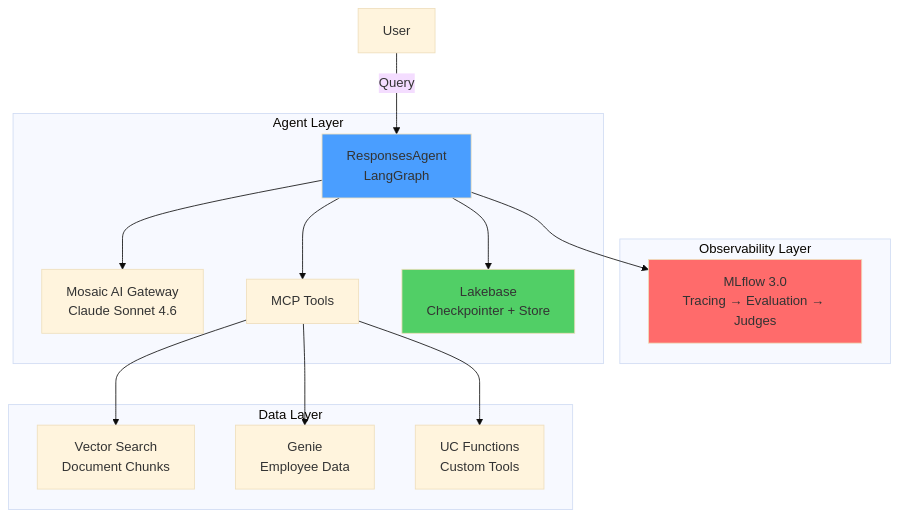
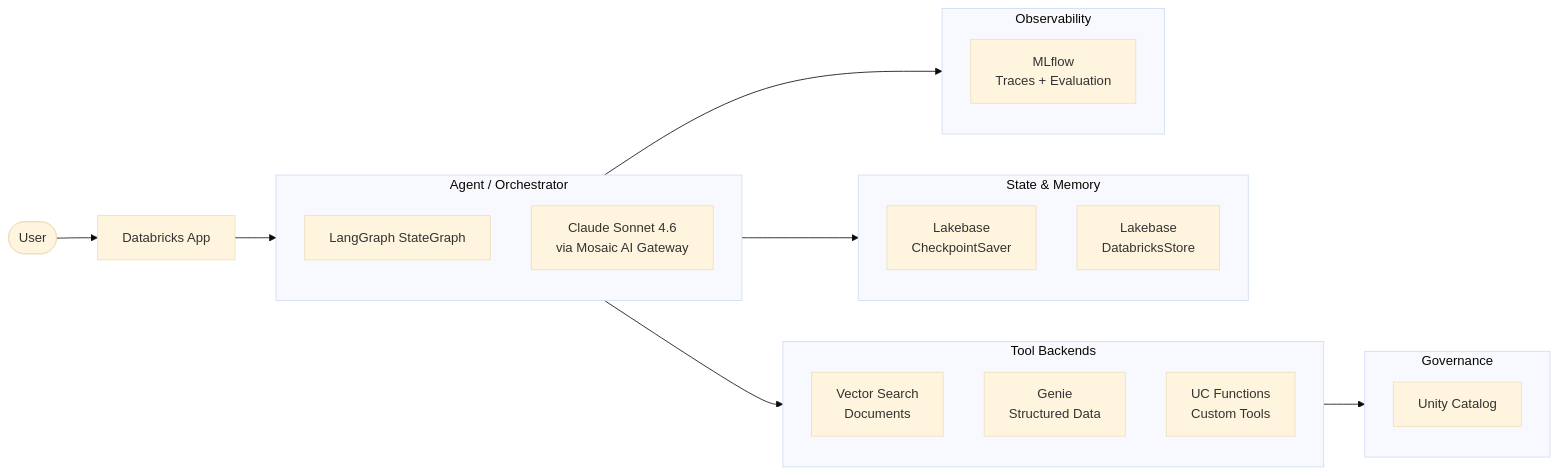
One commit to Data-drone/building_knowledge_assistants_w_databricks changed the diagram in docs/architecture.md. Above: the diagram before and after it, drawn with Mermaid (base theme). The commit also changed other lines of this file and 17 other files, not shown here.

````diff
--- a/docs/architecture.md
+++ b/docs/architecture.md
@@ -7,32 +9,36 @@
 ```mermaid
-graph TB
-    subgraph "Observability Layer"
-        MLflow["MLflow 3.0<br/>Tracing → Evaluation → Judges"]
+graph LR
+    User([User]) --> App[Databricks App]
+
+    subgraph Agent["Agent / Orchestrator"]
+        LG[LangGraph StateGraph]
+        LLM[Claude Sonnet 4.6<br/>via Mosaic AI Gateway]
     end
 
-    subgraph "Agent Layer"
-        Agent["ResponsesAgent<br/>LangGraph"]
-        LLM["Mosaic AI Gateway<br/>Claude Sonnet 4.6"]
-        Tools["MCP Tools"]
-        Memory["Lakebase<br/>Checkpointer + Store"]
+    App --> Agent
+
+    subgraph Tools["Tool Backends"]
+        VS[Vector Search<br/>Documents]
+        Genie[Genie<br/>Structured Data]
+        UC[UC Functions<br/>Custom Tools]
     end
 
-    subgraph "Data Layer"
-        VS["Vector Search<br/>Document Chunks"]
-        Genie["Genie<br/>Employee Data"]
-        UC["UC Functions<br/>Custom Tools"]
+    subgraph State["State & Memory"]
+        CP[Lakebase<br/>CheckpointSaver]
+        Store[Lakebase<br/>DatabricksStore]
     end
 
-    User -->|Query| Agent
-    Agent --> LLM
+    subgraph Observe["Observability"]
+        MLflow[MLflow<br/>Traces + Evaluation]
+    end
+
     Agent --> Tools
-    Tools --> VS
-    Tools --> Genie
-    Tools --> UC
-    Agent --> Memory
-    Agent --> MLflow
+    Agent --> State
+    Agent --> Observe
 
-    style Agent fill:#4a9eff
-    style MLflow fill:#ff6b6b
-    style Memory fill:#51cf66
+    subgraph Govern["Governance"]
+        UCat[Unity Catalog]
+    end
+
+    Tools --> Govern
 ```
````
